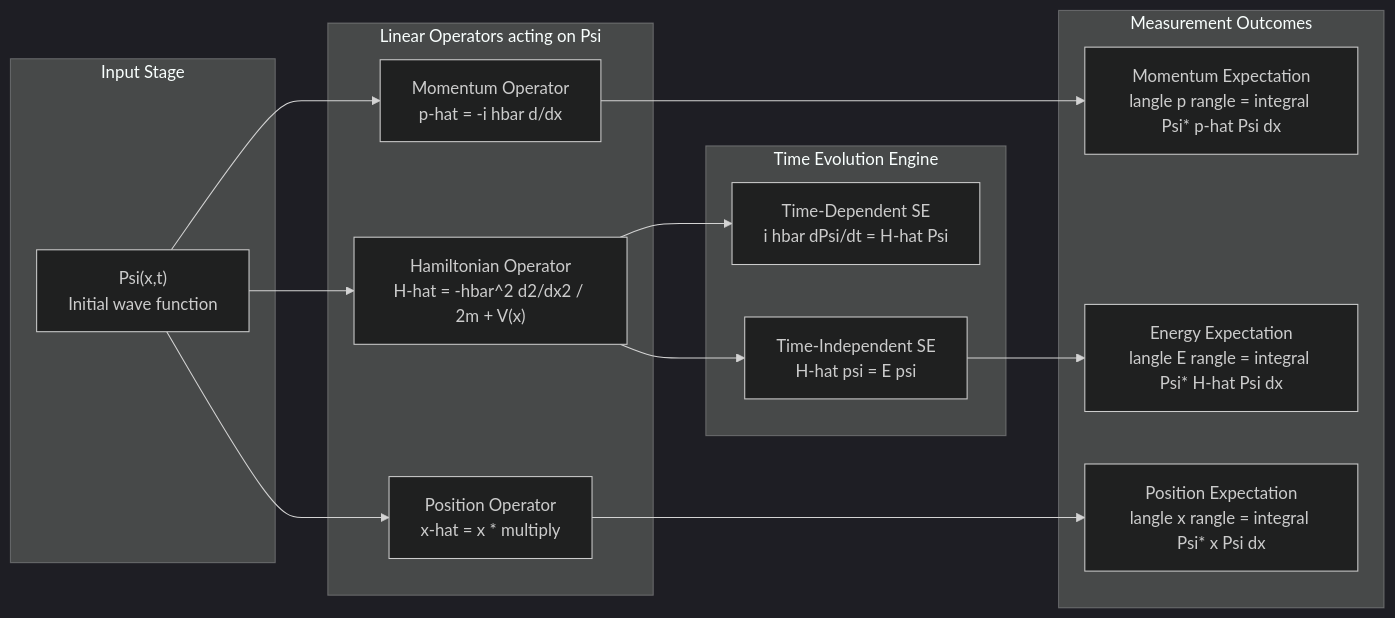
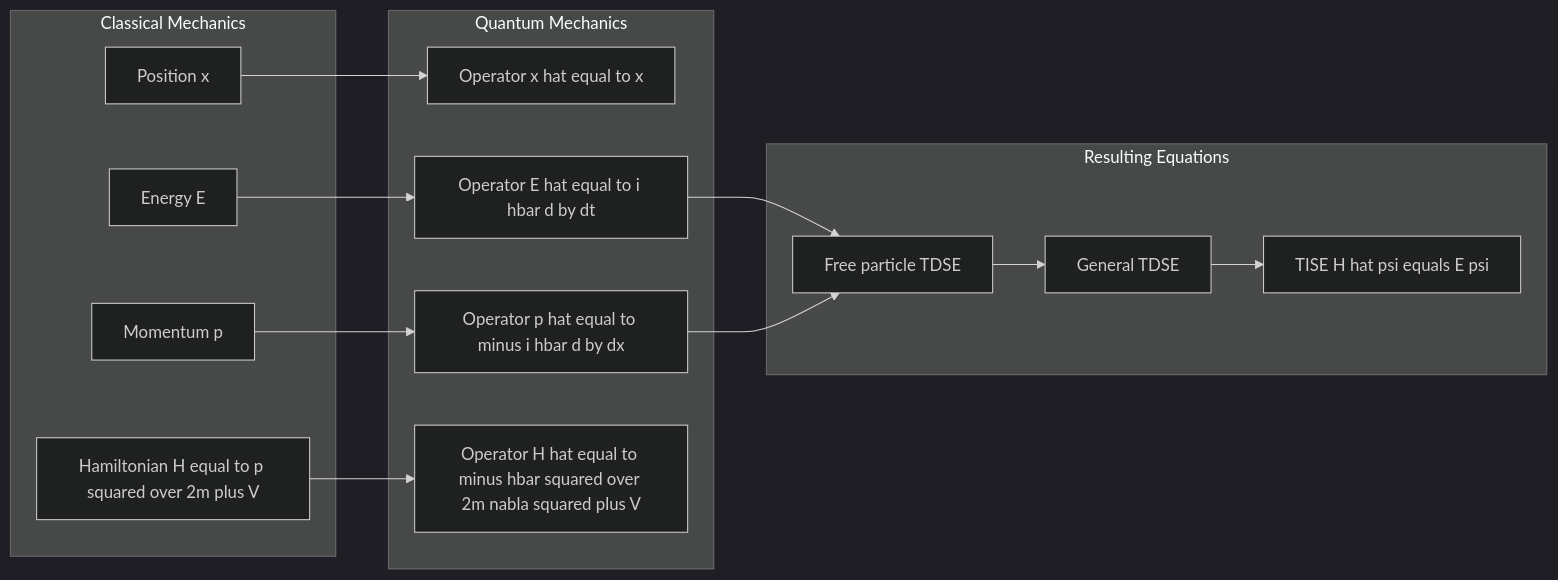
One commit to vishnuu-kr/ktunode changed the second of 4 diagrams in public/notes/computer-science-and-engineering/semester-1/gapht121-physics-for-information-science/02-module-2-quantum-mechanics/formulation-of-time-dependent-and-time-independent-schrodinger-equations/notes.md. Above: the diagram before and after it, drawn with Mermaid (dark theme). The commit also changed other lines of this file and 4829 other files, not shown here.

````diff
--- a/public/notes/computer-science-and-engineering/semester-1/gapht121-physics-for-information-science/02-module-2-quantum-mechanics/formulation-of-time-dependent-and-time-independent-schrodinger-equations/notes.md
+++ b/public/notes/computer-science-and-engineering/semester-1/gapht121-physics-for-information-science/02-module-2-quantum-mechanics/formulation-of-time-dependent-and-time-independent-schrodinger-equations/notes.md
@@ -495,24 +348,28 @@
 ```mermaid
-flowchart LR
-    subgraph INPUT["Input Stage"]
-        X["Psi(x,t)<br/>Initial wave function"]
+graph LR
+    subgraph CLASS["Classical Mechanics"]
+        C1["Position x"] 
+        C2["Momentum p"]
+        C3["Energy E"]
+        C4["Hamiltonian H equal to p squared over 2m plus V"]
     end
-    subgraph OPERATORS["Linear Operators acting on Psi"]
-        P["Momentum Operator<br/>p-hat = -i hbar d/dx"]
-        H["Hamiltonian Operator<br/>H-hat = -hbar^2 d2/dx2 / 2m + V(x)"]
-        XPOS["Position Operator<br/>x-hat = x * multiply"]
+    subgraph QUANT["Quantum Mechanics"]
+        Q1["Operator x hat equal to x"]
+        Q2["Operator p hat equal to minus i hbar d by dx"]
+        Q3["Operator E hat equal to i hbar d by dt"]
+        Q4["Operator H hat equal to minus hbar squared over 2m nabla squared plus V"]
     end
-    subgraph SOLVER["Time Evolution Engine"]
-        TDSE["Time-Dependent SE<br/>i hbar dPsi/dt = H-hat Psi"]
-        TISE["Time-Independent SE<br/>H-hat psi = E psi"]
+    subgraph EQNS["Resulting Equations"]
+        R1["Free particle TDSE"]
+        R2["General TDSE"]
+        R3["TISE H hat psi equals E psi"]
     end
-    subgraph OUTPUT["Measurement Outcomes"]
-        PEX["Momentum Expectation<br/>langle p rangle = integral Psi* p-hat Psi dx"]
-        EEX["Energy Expectation<br/>langle E rangle = integral Psi* H-hat Psi dx"]
-        XEX["Position Expectation<br/>langle x rangle = integral Psi* x Psi dx"]
-    end
-    X --> P --> PEX
-    X --> XPOS --> XEX
-    X --> H --> TDSE
-    H --> TISE --> EEX
+    C1 --> Q1
+    C2 --> Q2
+    C3 --> Q3
+    C4 --> Q4
+    Q3 --> R1
+    Q2 --> R1
+    R1 --> R2
+    R2 --> R3
 ```
````
